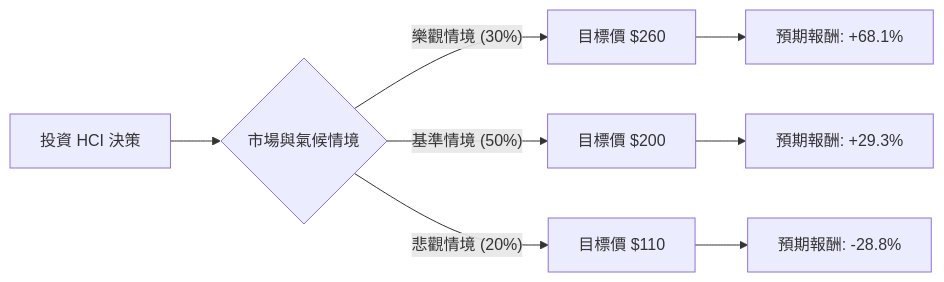
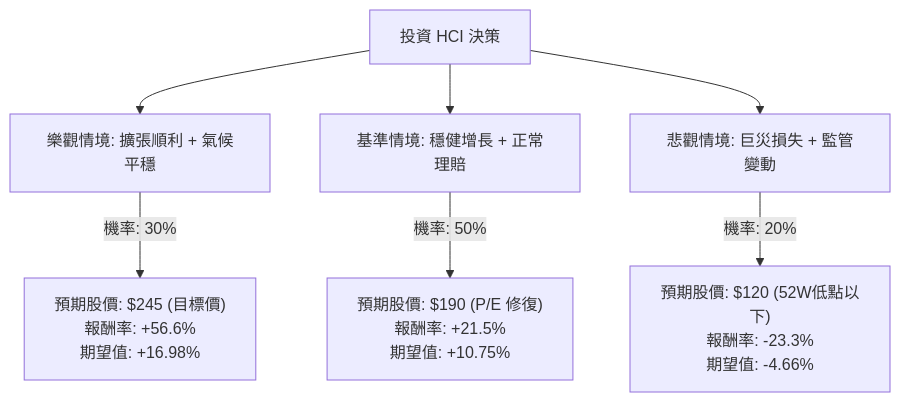
One commit to zmcx16/zmcx16.github.io changed the diagram in plugin-react/ai-analysis/ev-analysis/HCI.md. Above: the diagram before and after it, drawn with Mermaid. The commit also changed other lines of this file and 80 other files, not shown here.

````diff
--- a/plugin-react/ai-analysis/ev-analysis/HCI.md
+++ b/plugin-react/ai-analysis/ev-analysis/HCI.md
@@ -18,12 +19,10 @@
 ```mermaid
-graph LR
-    A[投資 HCI 決策] --> B{市場與氣候情境}
-    
-    B -- 樂觀情境 (30%) --> C[目標價 $260]
-    B -- 基準情境 (50%) --> D[目標價 $200]
-    B -- 悲觀情境 (20%) --> E[目標價 $110]
+graph TD
+    Start[投資 HCI 決策] --> Bull[樂觀情境: 擴張順利 + 氣候平穩]
+    Start --> Base[基準情境: 穩健增長 + 正常理賠]
+    Start --> Bear[悲觀情境: 巨災損失 + 監管變動]
 
-    C --> C1[預期報酬: +68.1%]
-    D --> D1[預期報酬: +29.3%]
-    E --> E1[預期報酬: -28.8%]
+    Bull -- "機率: 30%" --> BullVal["預期股價: $245 (目標價)<br/>報酬率: +56.6%<br/>期望值: +16.98%"]
+    Base -- "機率: 50%" --> BaseVal["預期股價: $190 (P/E 修復)<br/>報酬率: +21.5%<br/>期望值: +10.75%"]
+    Bear -- "機率: 20%" --> BearVal["預期股價: $120 (52W低點以下)<br/>報酬率: -23.3%<br/>期望值: -4.66%"]
 ```
````
